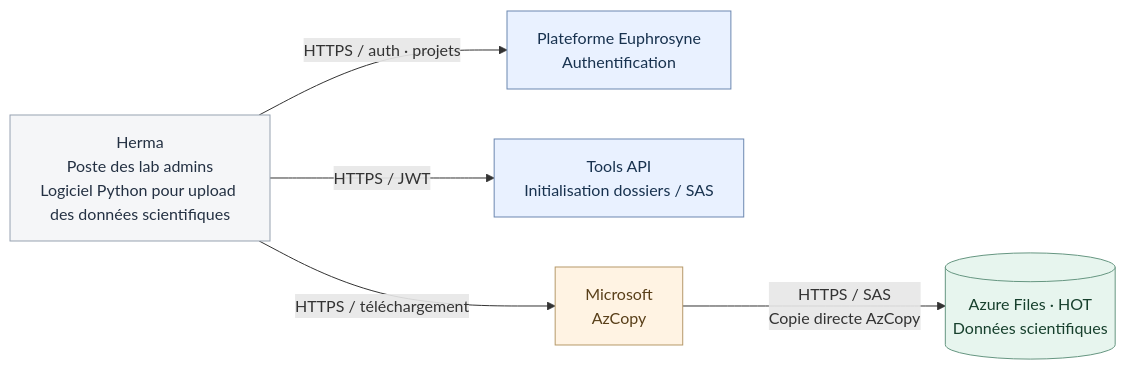
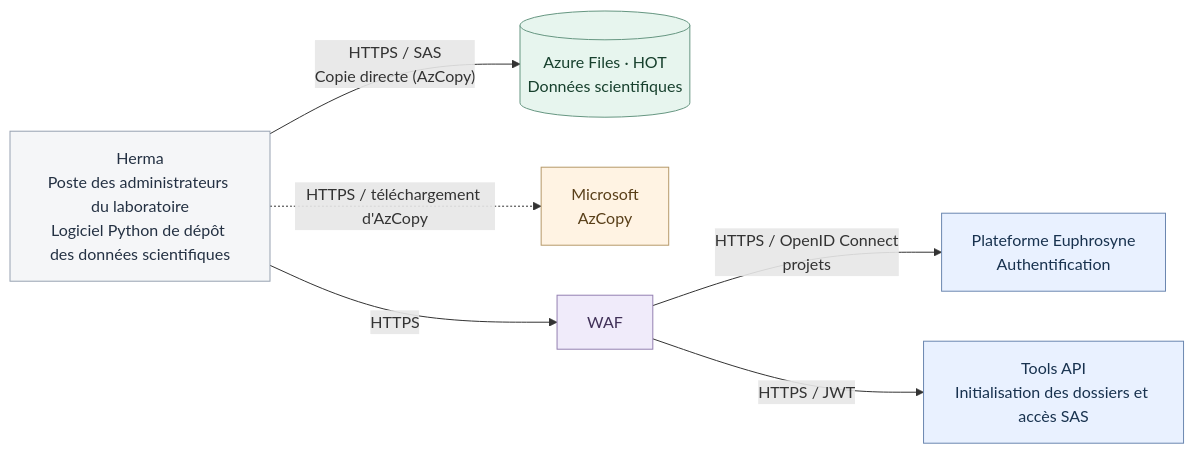
One commit to betagouv/euphrosyne changed the diagram in docs/technical_architecture_document/assets/services-upload.mmd. Above: the diagram before and after it, drawn with Mermaid. The commit also changed 14 other files, not shown here.

First line of the commit message:
docs: update the DAT (WAF, administrator MFA, OpenID Connect, versions)

```diff
--- a/docs/technical_architecture_document/assets/services-upload.mmd
+++ b/docs/technical_architecture_document/assets/services-upload.mmd
@@ -1,21 +1,24 @@
 flowchart LR
-  herma["Herma<br/>Poste des lab admins<br/>Logiciel Python pour upload des données scientifiques"]
+  herma["Herma<br/>Poste des administrateurs du laboratoire<br/>Logiciel Python de dépôt des données scientifiques"]
   portal["Plateforme Euphrosyne<br/>Authentification"]
-  tools["Tools API<br/>Initialisation dossiers / SAS"]
+  tools["Tools API<br/>Initialisation des dossiers et accès SAS"]
   hot[("Azure Files · HOT<br/>Données scientifiques")]
   microsoft["Microsoft<br/>AzCopy"]
-  herma -->|"HTTPS / auth · projets"| portal
-  herma -->|"HTTPS / JWT"| tools
-  herma -->|"HTTPS / téléchargement"| microsoft
-  microsoft -->|"HTTPS / SAS<br/>Copie directe AzCopy"| hot
+  waf["WAF"]
+  herma -->|"HTTPS"| waf
+  waf -->|"HTTPS / OpenID Connect<br/>projets"| portal
+  waf -->|"HTTPS / JWT"| tools
+  herma -.->|"HTTPS / téléchargement d'AzCopy"| microsoft
+  herma -->|"HTTPS / SAS<br/>Copie directe (AzCopy)"| hot
 
 
   classDef app fill:#e9f1ff,stroke:#6b87b0,color:#18324f;
   classDef data fill:#e7f5ee,stroke:#669681,color:#17402d;
   classDef access fill:#f5f6f8,stroke:#97a2b1,color:#243143;
   classDef external fill:#fff3e3,stroke:#b69969,color:#593f19;
   classDef control fill:#f0ebfa,stroke:#9480b1,color:#403057;
   class portal,tools app;
   class hot data;
   class herma access;
   class microsoft external;
+  class waf control;
```
